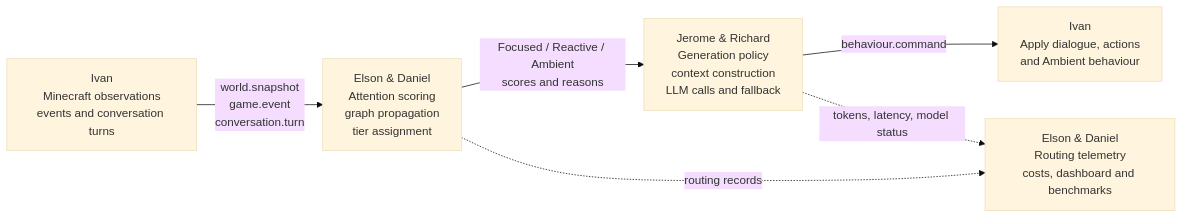
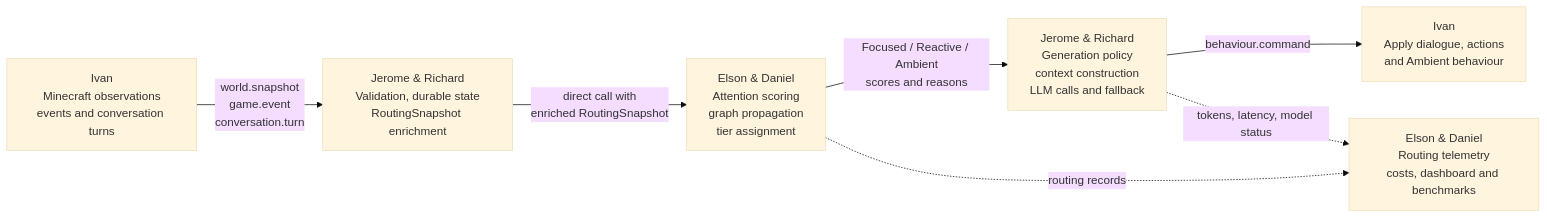
One commit to ChenQirui1/garena-sahur changed the first of 2 diagrams in docs/team-architecture.md. Above: the diagram before and after it, drawn with Mermaid (base theme). The commit also changed other lines of this file and 8 other files, not shown here.

Commit message:
Align shared architecture and message contracts

````diff
--- a/docs/team-architecture.md
+++ b/docs/team-architecture.md
@@ -290,14 +290,16 @@
 ```mermaid
 flowchart LR
     IVAN_A["Ivan<br/>Minecraft observations<br/>events and conversation turns"]
+    JR_A["Jerome & Richard<br/>Validation, durable state<br/>RoutingSnapshot enrichment"]
     ED_A["Elson & Daniel<br/>Attention scoring<br/>graph propagation<br/>tier assignment"]
-    JR_A["Jerome & Richard<br/>Generation policy<br/>context construction<br/>LLM calls and fallback"]
+    JR_B["Jerome & Richard<br/>Generation policy<br/>context construction<br/>LLM calls and fallback"]
     IVAN_B["Ivan<br/>Apply dialogue, actions<br/>and Ambient behaviour"]
     ED_B["Elson & Daniel<br/>Routing telemetry<br/>costs, dashboard and benchmarks"]
 
-    IVAN_A -->|"world.snapshot<br/>game.event<br/>conversation.turn"| ED_A
-    ED_A -->|"Focused / Reactive / Ambient<br/>scores and reasons"| JR_A
-    JR_A -->|"behaviour.command"| IVAN_B
+    IVAN_A -->|"world.snapshot<br/>game.event<br/>conversation.turn"| JR_A
+    JR_A -->|"direct call with<br/>enriched RoutingSnapshot"| ED_A
+    ED_A -->|"Focused / Reactive / Ambient<br/>scores and reasons"| JR_B
+    JR_B -->|"behaviour.command"| IVAN_B
     ED_A -.->|"routing records"| ED_B
-    JR_A -.->|"tokens, latency, model status"| ED_B
+    JR_B -.->|"tokens, latency, model status"| ED_B
 ```
````
